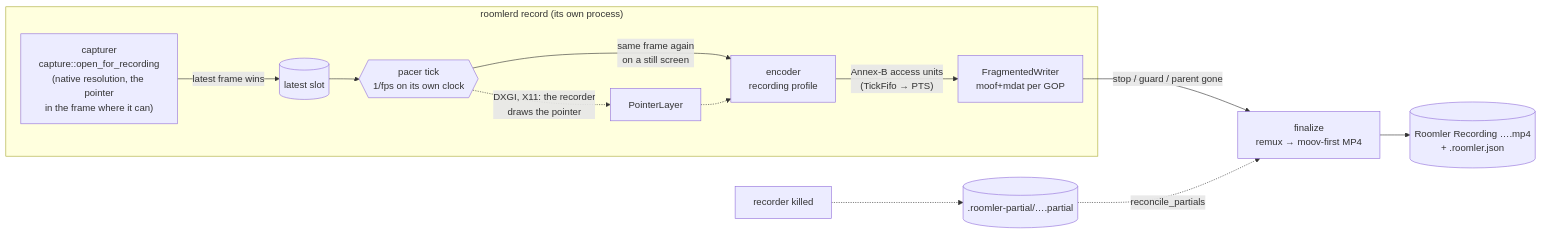
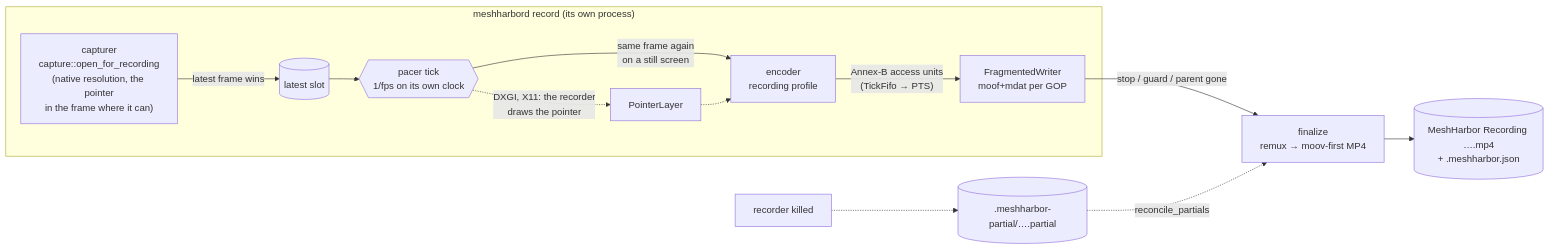
Before and after one commit to jk-zhang-meta/MeshHarbor: the first of 15 diagrams in docs/recording.md, drawn with Mermaid. The commit also changed other lines of this file and 682 other files, not shown here.

````diff
--- a/docs/recording.md
+++ b/docs/recording.md
@@ -43,15 +43,15 @@
 ```mermaid
 flowchart LR
-    subgraph child["roomlerd record (its own process)"]
+    subgraph child["meshharbord record (its own process)"]
         CAP["capturer<br/>capture::open_for_recording<br/>(native resolution, the pointer<br/>in the frame where it can)"] -->|latest frame wins| W[("latest slot")]
         W --> P{{"pacer tick<br/>1/fps on its own clock"}}
         P -->|"same frame again<br/>on a still screen"| ENC["encoder<br/>recording profile"]
         P -.->|"DXGI, X11: the recorder<br/>draws the pointer"| PTR["PointerLayer"]
         PTR -.-> ENC
         ENC -->|"Annex-B access units<br/>(TickFifo → PTS)"| FW["FragmentedWriter<br/>moof+mdat per GOP"]
     end
     FW -->|"stop / guard / parent gone"| FIN["finalize<br/>remux → moov-first MP4"]
-    FIN --> OUT[("Roomler Recording ….mp4<br/>+ .roomler.json")]
-    CRASH["recorder killed"] -.-> PART[(".roomler-partial/….partial")]
+    FIN --> OUT[("MeshHarbor Recording ….mp4<br/>+ .meshharbor.json")]
+    CRASH["recorder killed"] -.-> PART[(".meshharbor-partial/….partial")]
     PART -.->|"reconcile_partials"| FIN
 ```
````
